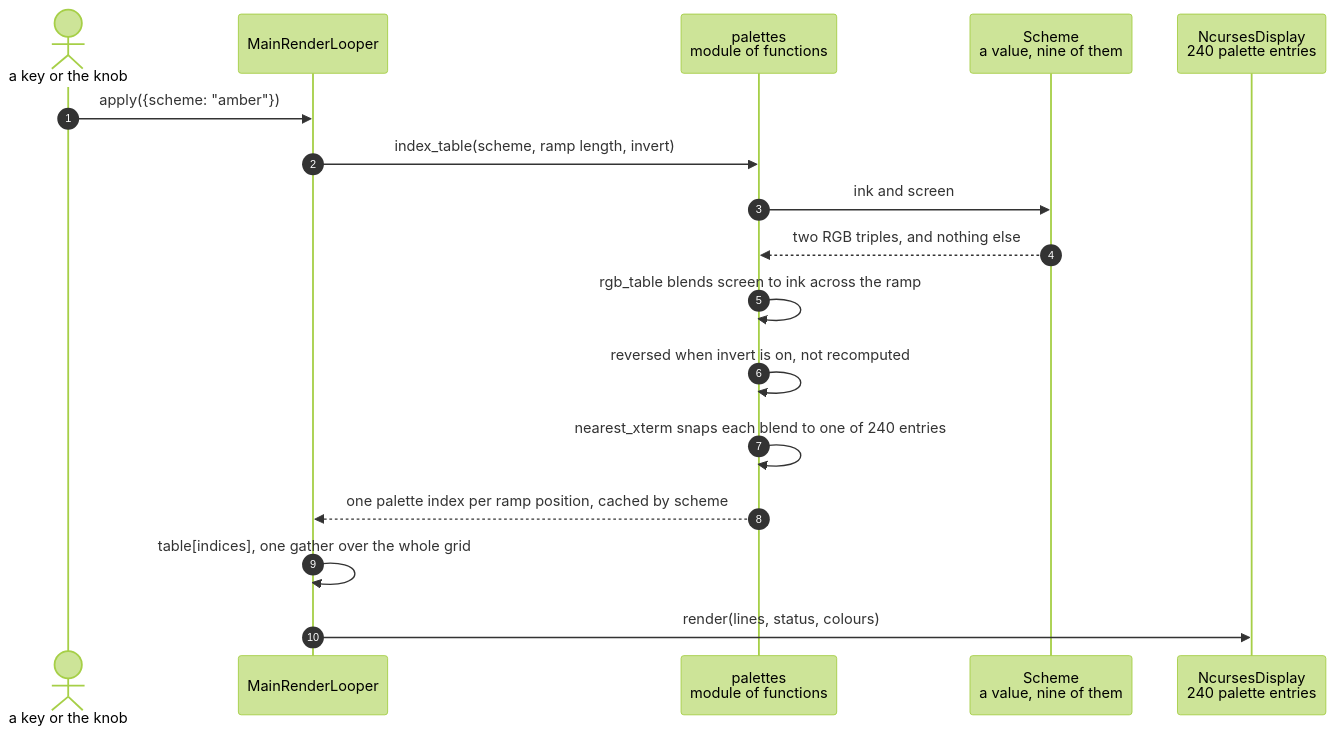
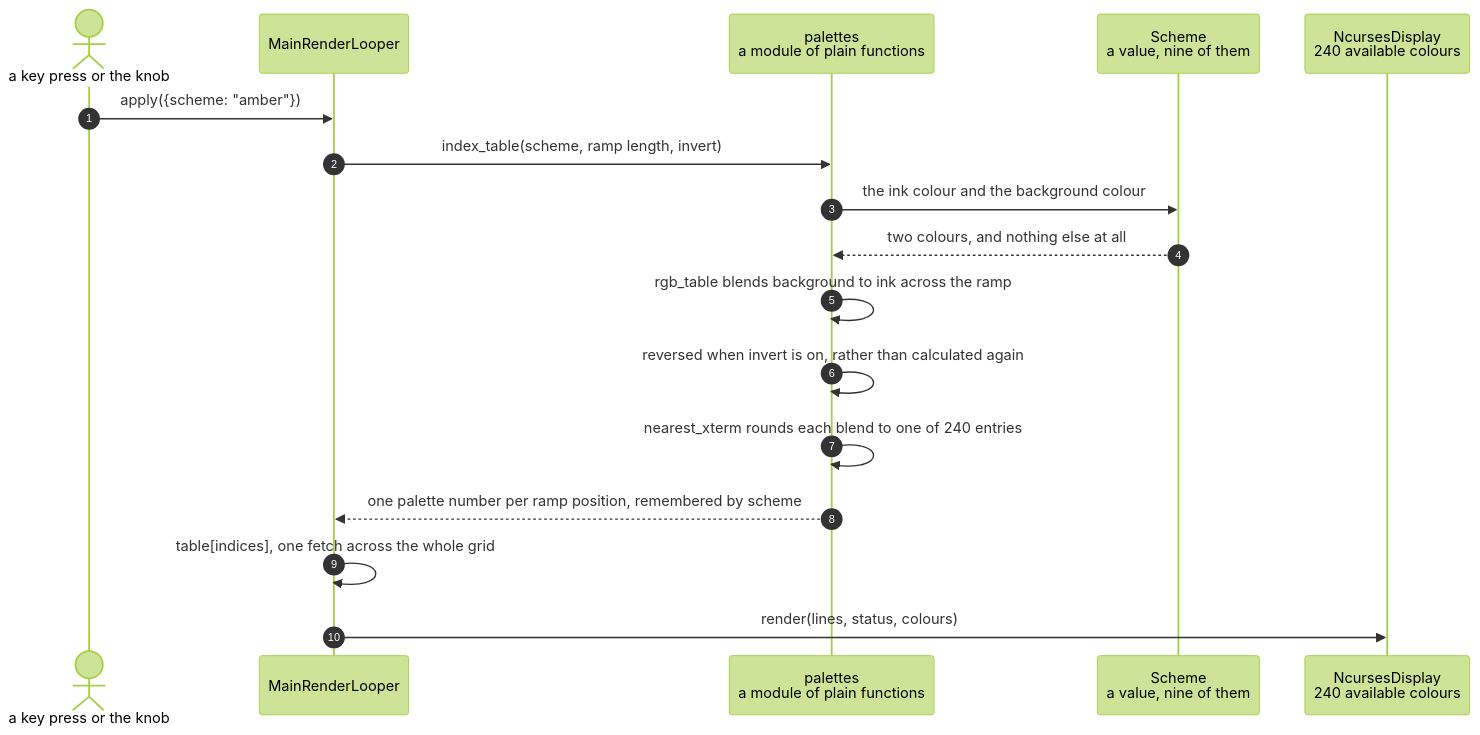
Before and after one commit to replicant1/AsciiArt-Pi: the diagram in docs/scenarios/a-colour-scheme-is-compiled-into-a-per-cell-lookup-table.md, drawn with Mermaid (forest theme). The commit also changed other lines of this file and 2 other files, not shown here.

````diff
--- a/docs/scenarios/a-colour-scheme-is-compiled-into-a-per-cell-lookup-table.md
+++ b/docs/scenarios/a-colour-scheme-is-compiled-into-a-per-cell-lookup-table.md
@@ -59,20 +71,20 @@
 ```mermaid
 sequenceDiagram
     autonumber
-    actor Asker as a key or the knob
+    actor Asker as a key press or the knob
     participant App as MainRenderLooper
-    participant P as palettes<br/>module of functions
+    participant P as palettes<br/>a module of plain functions
     participant S as Scheme<br/>a value, nine of them
-    participant Term as NcursesDisplay<br/>240 palette entries
+    participant Term as NcursesDisplay<br/>240 available colours
 
     Asker->>App: apply({scheme: "amber"})
     App->>P: index_table(scheme, ramp length, invert)
-    P->>S: ink and screen
-    S-->>P: two RGB triples, and nothing else
-    P->>P: rgb_table blends screen to ink across the ramp
-    P->>P: reversed when invert is on, not recomputed
-    P->>P: nearest_xterm snaps each blend to one of 240 entries
-    P-->>App: one palette index per ramp position, cached by scheme
-    App->>App: table[indices], one gather over the whole grid
+    P->>S: the ink colour and the background colour
+    S-->>P: two colours, and nothing else at all
+    P->>P: rgb_table blends background to ink across the ramp
+    P->>P: reversed when invert is on, rather than calculated again
+    P->>P: nearest_xterm rounds each blend to one of 240 entries
+    P-->>App: one palette number per ramp position, remembered by scheme
+    App->>App: table[indices], one fetch across the whole grid
     App->>Term: render(lines, status, colours)
 ```
````
